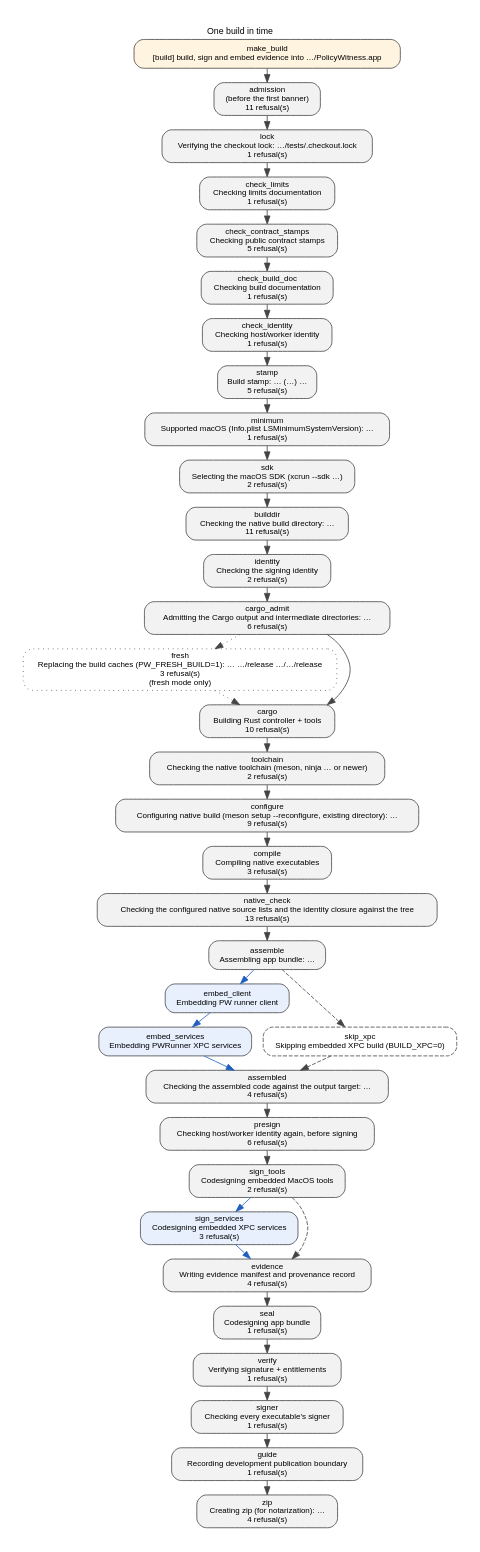
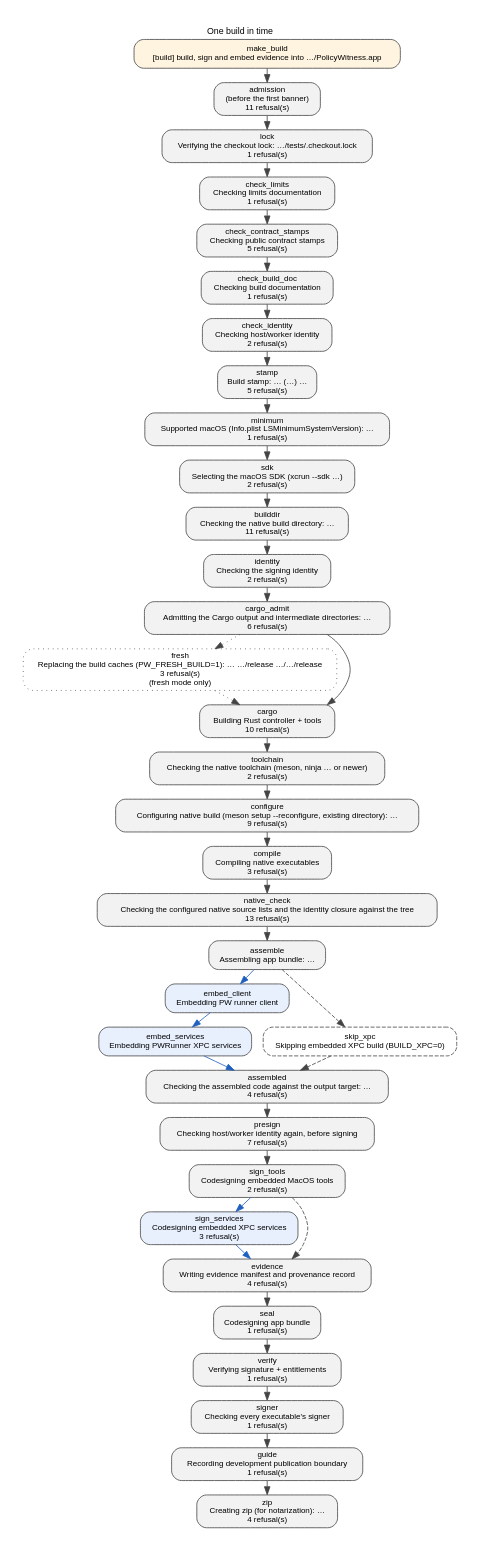
The diagram in docs/build-steps.dot (Protonk/PolicyWitness), drawn with Graphviz before and after one commit. The commit also changed 16 other files, not shown here.

First line of the commit message:
Refuse build and worker identities derived through uninspectable source trees

```diff
--- a/docs/build-steps.dot
+++ b/docs/build-steps.dot
@@ -8,7 +8,7 @@
     check_limits [label="check_limits\nChecking limits documentation\n1 refusal(s)", URL="BUILD.md#one-build-in-time", tooltip="check_limits: reads docs/limits.json and the documents it renders; writes nothing"];
     check_contract_stamps [label="check_contract_stamps\nChecking public contract stamps\n5 refusal(s)", URL="BUILD.md#one-build-in-time", tooltip="check_contract_stamps: reads docs/contract/*.surface.md, imported public record declarations, canonical shapes, docs/contract/presentation.json and trace-introduction.md, every routed statement and tour commitment region, the CONTRACT and guide stamp tables, the generated public snapshot and annotated release history; docs/architecture.json and their generated copies; docs/footprint.json and its generated document; docs/porcelain.json and its generated typed record declarations and codecs; controller/interface/inventory.json with the case corpus, the mutation record, the joins and the residue baseline; writes nothing"];
     check_build_doc [label="check_build_doc\nChecking build documentation\n1 refusal(s)", URL="BUILD.md#one-build-in-time", tooltip="check_build_doc: reads docs/build.json, build.sh, meson.build, the Makefile, the inventories, the baseline and the generated copies; writes nothing"];
-    check_identity [label="check_identity\nChecking host/worker identity\n1 refusal(s)", URL="BUILD.md#one-build-in-time", tooltip="check_identity: reads the identity inputs and the three generated copies; shipped sources and build inputs through docs/build_contract.py, exact annotated release tags and whole-tree cleanliness for the public build contract; writes nothing"];
+    check_identity [label="check_identity\nChecking host/worker identity\n2 refusal(s)", URL="BUILD.md#one-build-in-time", tooltip="check_identity: reads the identity inputs and the three generated copies; shipped sources and build inputs through docs/build_contract.py, exact annotated release tags and whole-tree cleanliness for the public build contract; writes nothing"];
     stamp [label="stamp\nBuild stamp: … (…) …\n5 refusal(s)", URL="BUILD.md#one-build-in-time", tooltip="stamp: reads git describe, rev-parse and rev-list, or PW_VERSION and PW_BUILD_NUMBER from the environment; the environment witness compared with the starting environment (SDKROOT supplied from before its removal); writes the stamp variables and the computed public contract for Cargo and the plists; after admitting builddir/, controller/target/, its release/, its aarch64-apple-darwin/ and that directory's release/, and the session destination, controller/target/ when it is missing and the build session file, opened with the stamp, the three knobs, the fixed output target, the acquisition nonce and the build's witnessed starting environment as requests"];
     minimum [label="minimum\nSupported macOS (Info.plist LSMinimumSystemVersion): …\n1 refusal(s)", URL="BUILD.md#one-build-in-time", tooltip="minimum: reads LSMinimumSystemVersion in Info.plist; writes MACOSX_DEPLOYMENT_TARGET for Cargo"];
     sdk [label="sdk\nSelecting the macOS SDK (xcrun --sdk …)\n2 refusal(s)", URL="BUILD.md#one-build-in-time", tooltip="sdk: reads the SDK path and numeric version xcrun reports under DEVELOPER_DIR for the macosx default, or for the SDK a caller's SDKROOT names; writes SDKROOT for Cargo and Meson, resolved by xcrun, and the SDK version every shipped output must carry"];
@@ -26,7 +26,7 @@
     embed_services [label="embed_services\nEmbedding PWRunner XPC services", URL="BUILD.md#one-build-in-time", tooltip="embed_services: reads each service's Info.plist and builddir/ host, the common worker and validator; writes each service bundle: its stamped Info.plist, the host with its dSYM in inspection builds, two copies of the common worker and the validator", fillcolor="#e8f0fe"];
     skip_xpc [label="skip_xpc\nSkipping embedded XPC build (BUILD_XPC=0)", URL="BUILD.md#one-build-in-time", tooltip="skip_xpc: reads nothing; writes nothing", style="rounded,dashed", fillcolor="white"];
     assembled [label="assembled\nChecking the assembled code against the output target: …\n4 refusal(s)", URL="BUILD.md#one-build-in-time", tooltip="assembled: reads the variant's required executable paths even when missing or lacking a Mach-O header, plus every regular file under the assembled app whose header is a Mach-O or fat container, except dSYM companions whose every slice has a complete debug header: its container, lipo -archs names and LC_BUILD_VERSION platform; writes the observations into the build session; nothing in the bundle"];
-    presign [label="presign\nChecking host/worker identity again, before signing\n6 refusal(s)", URL="BUILD.md#one-build-in-time", tooltip="presign: reads the identity inputs and copies, the generated identity in tests/lib/contract.py and the built worker's --version report; recomputed public build contract compared with the value used for compilation; writes nothing"];
+    presign [label="presign\nChecking host/worker identity again, before signing\n7 refusal(s)", URL="BUILD.md#one-build-in-time", tooltip="presign: reads the identity inputs and copies, the generated identity in tests/lib/contract.py and the built worker's --version report; recomputed public build contract compared with the value used for compilation; writes nothing"];
     sign_tools [label="sign_tools\nCodesigning embedded MacOS tools\n2 refusal(s)", URL="BUILD.md#one-build-in-time", tooltip="sign_tools: reads the copied top-level helpers; writes signatures on the top-level helpers"];
     sign_services [label="sign_services\nCodesigning embedded XPC services\n3 refusal(s)", URL="BUILD.md#one-build-in-time", tooltip="sign_services: reads each service's Entitlements.plist, the common unsigned worker and verified generated worker identity, and the assembled bundle; writes selected worker signature with service entitlements, unentitled worker and validator signatures without supplied entitlements, service-local worker-equipment.json from signed artifacts, then each service seal", fillcolor="#e8f0fe"];
     evidence [label="evidence\nWriting evidence manifest and provenance record\n4 refusal(s)", URL="BUILD.md#one-build-in-time", tooltip="evidence: reads the signed bytes, entitlements and exported symbols of the helpers, services and augments; the build session; every shipped output's load commands, container, architecture names and signature display; the caller's requests and Cargo's effective deployment target and SDK, from the build session; writes Contents/Resources/Evidence/manifest.json, symbols.json, provenance.json and publication.json; the manifest lists the other records; publication is withheld with the frozen guide revision and derived build contract"];
```
